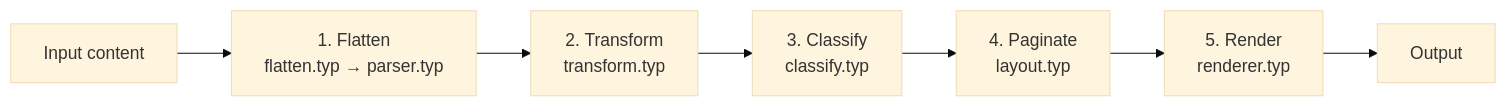
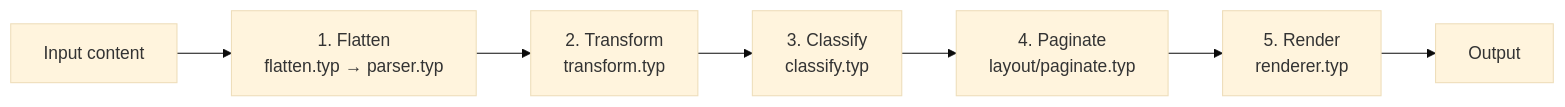
Before and after one commit to KoyaTofu42/typst-basho: the first of 2 diagrams in docs/architecture.md, drawn with Mermaid (base theme). The commit also changed other lines of this file and 26 other files, not shown here.

````diff
--- a/docs/architecture.md
+++ b/docs/architecture.md
@@ -5,9 +5,9 @@
 ```mermaid
 flowchart LR
     Input["Input content"] --> Flatten["1. Flatten<br/>flatten.typ → parser.typ"]
     Flatten --> Transform["2. Transform<br/>transform.typ"]
     Transform --> Classify["3. Classify<br/>classify.typ"]
-    Classify --> Paginate["4. Paginate<br/>layout.typ"]
+    Classify --> Paginate["4. Paginate<br/>layout/paginate.typ"]
     Paginate --> Render["5. Render<br/>renderer.typ"]
     Render --> Output["Output"]
 ```
````
